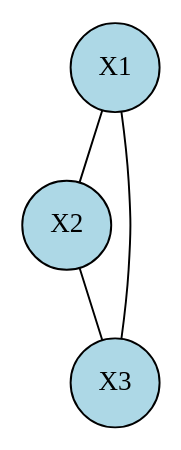
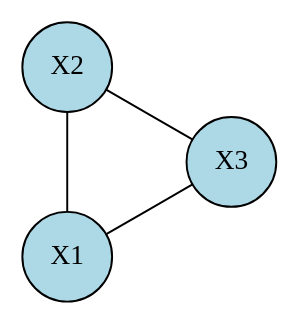
Before and after one commit to MarieEtienne/statspat: the diagram in 03_lattice.qmd, drawn with Graphviz. The commit also changed other lines of this file, not shown here.

````diff
--- a/03_lattice.qmd
+++ b/03_lattice.qmd
@@ -397,9 +402,13 @@
 ```{dot}
+//| fig-width: 2.5
+//| fig-align: center
+//| 
 graph MarkovTriangle {
+    layout=circo;
     node [shape=circle, style=filled, fillcolor=lightblue];
 
     X1 -- X2;
     X2 -- X3;
     X3 -- X1;
 }
 ```
````
